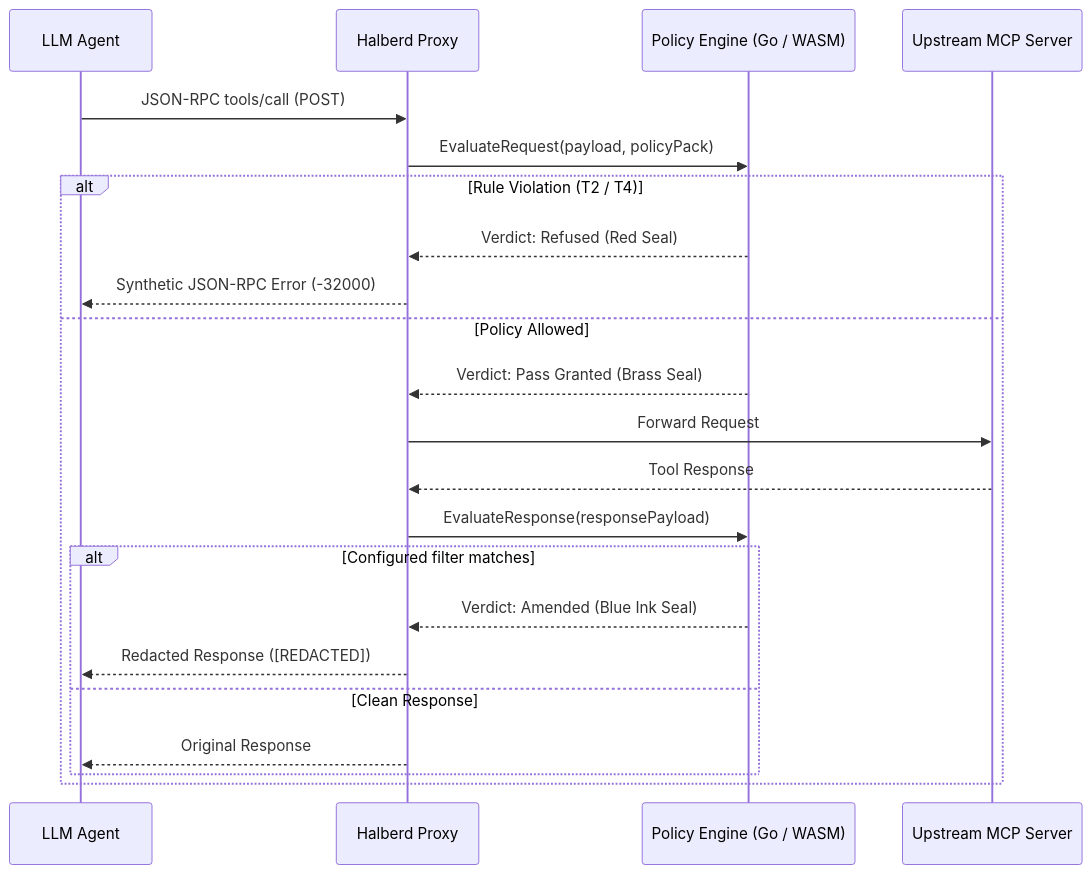
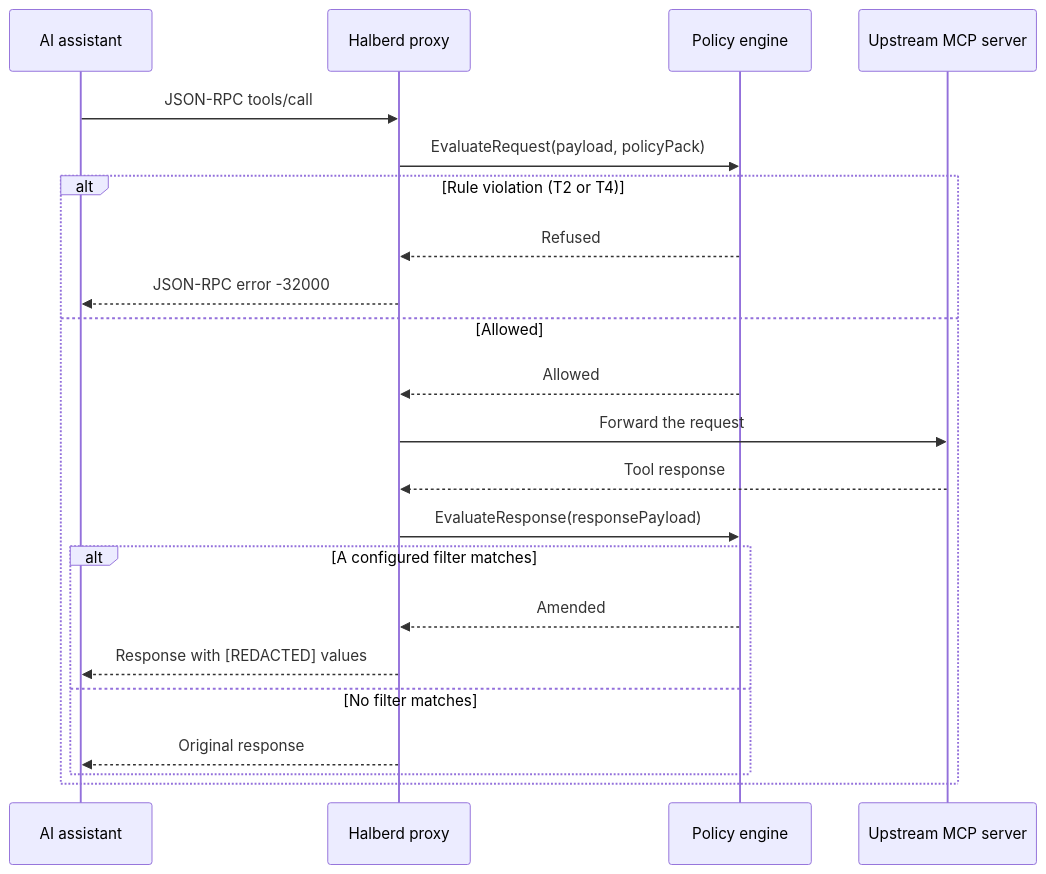
One commit to Builder106/halberd changed the diagram in docs/FIREWALL_ARCHITECTURE.md. Above: the diagram before and after it, drawn with Mermaid. The commit also changed 1 other file, not shown here.

Commit message:
docs(architecture): use plain verdict names
The firewall sequence labeled verdicts with the web playground's wax
seal colors, which mean nothing outside that UI. The verdicts are now
refused, allowed, and amended, and the participant names are plain.

````diff
--- a/docs/FIREWALL_ARCHITECTURE.md
+++ b/docs/FIREWALL_ARCHITECTURE.md
@@ -21,25 +21,25 @@
 ```mermaid
 sequenceDiagram
-    participant Agent as LLM Agent
-    participant Firewall as Halberd Proxy
-    participant Policy as Policy Engine (Go / WASM)
-    participant Server as Upstream MCP Server
+    participant Agent as AI assistant
+    participant Firewall as Halberd proxy
+    participant Policy as Policy engine
+    participant Server as Upstream MCP server
 
-    Agent->>Firewall: JSON-RPC tools/call (POST)
+    Agent->>Firewall: JSON-RPC tools/call
     Firewall->>Policy: EvaluateRequest(payload, policyPack)
-    alt Rule Violation (T2 / T4)
-        Policy-->>Firewall: Verdict: Refused (Red Seal)
-        Firewall-->>Agent: Synthetic JSON-RPC Error (-32000)
-    else Policy Allowed
-        Policy-->>Firewall: Verdict: Pass Granted (Brass Seal)
-        Firewall->>Server: Forward Request
-        Server-->>Firewall: Tool Response
+    alt Rule violation (T2 or T4)
+        Policy-->>Firewall: Refused
+        Firewall-->>Agent: JSON-RPC error -32000
+    else Allowed
+        Policy-->>Firewall: Allowed
+        Firewall->>Server: Forward the request
+        Server-->>Firewall: Tool response
         Firewall->>Policy: EvaluateResponse(responsePayload)
-        alt Configured filter matches
-            Policy-->>Firewall: Verdict: Amended (Blue Ink Seal)
-            Firewall-->>Agent: Redacted Response ([REDACTED])
-        else Clean Response
-            Firewall-->>Agent: Original Response
+        alt A configured filter matches
+            Policy-->>Firewall: Amended
+            Firewall-->>Agent: Response with [REDACTED] values
+        else No filter matches
+            Firewall-->>Agent: Original response
         end
     end
 ```
````
